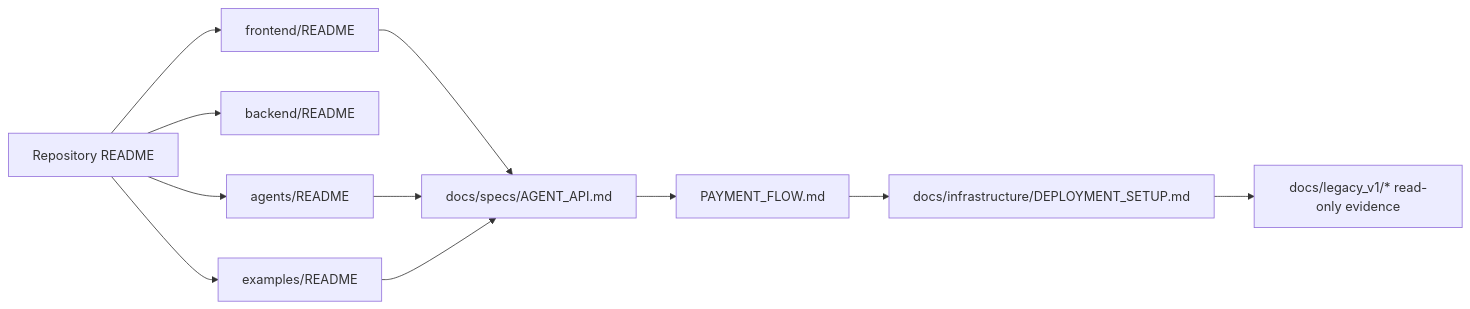
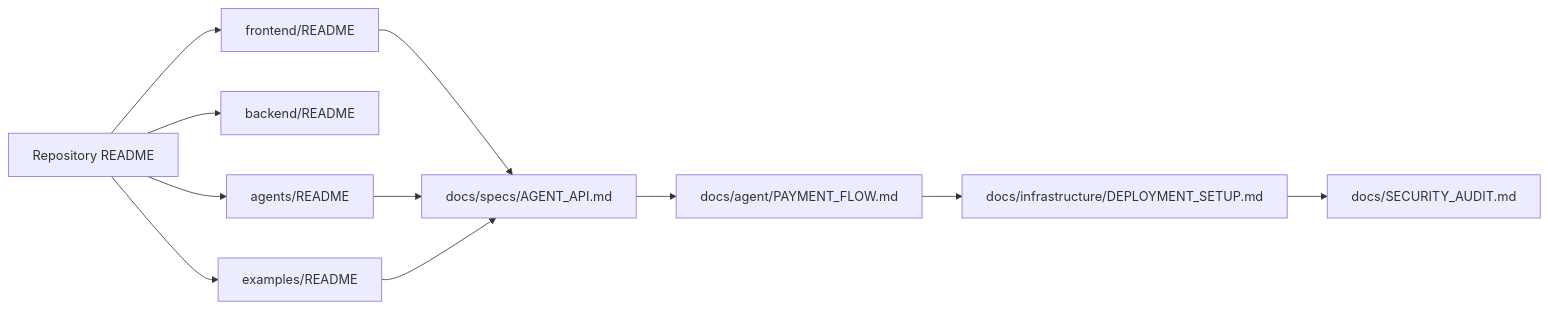
The diagram in docs/README.md (hoanlv214/genqma), drawn with Mermaid before and after one commit. The commit also changed other lines of this file and 233 other files, not shown here.

````diff
--- a/docs/README.md
+++ b/docs/README.md
@@ -29,13 +46,13 @@
 ```mermaid
 flowchart LR
     Root[Repository README] --> Frontend[frontend/README]
     Root --> Backend[backend/README]
     Root --> Agents[agents/README]
     Root --> Examples[examples/README]
     Frontend --> Contract[docs/specs/AGENT_API.md]
     Agents --> Contract
     Examples --> Contract
-    Contract --> Payment[PAYMENT_FLOW.md]
+    Contract --> Payment[docs/agent/PAYMENT_FLOW.md]
     Payment --> Deploy[docs/infrastructure/DEPLOYMENT_SETUP.md]
-    Deploy --> Audit[docs/legacy_v1/* read-only evidence]
+    Deploy --> Audit[docs/SECURITY_AUDIT.md]
 ```
````
